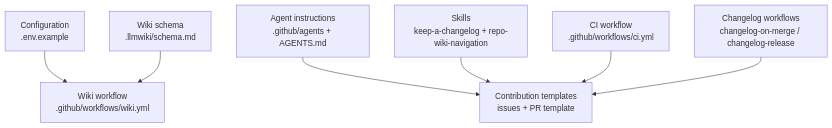
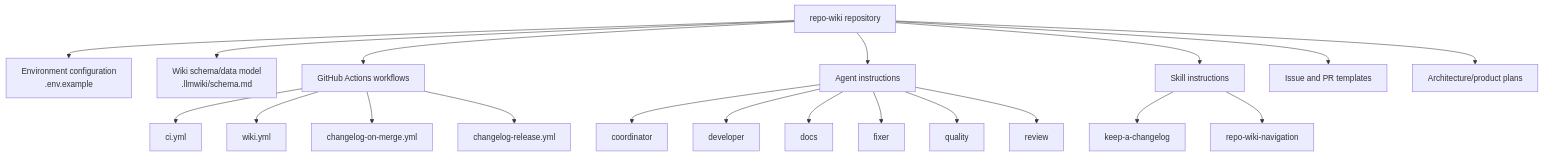
The second of 4 diagrams in Architecture.md (mfittko/repo-wiki), drawn with Mermaid before and after one commit. The commit also changed other lines of this file and 45 other files, not shown here.

Commit message:
Compile repository wiki 2026-06-12T13:37:54.626Z

````diff
--- a/Architecture.md
+++ b/Architecture.md
@@ -110,18 +179,27 @@
 ```mermaid
-flowchart TD
-  Config["Configuration\n.env.example"]
-  Schema["Wiki schema\n.llmwiki/schema.md"]
-  WikiWorkflow["Wiki workflow\n.github/workflows/wiki.yml"]
-  CI["CI workflow\n.github/workflows/ci.yml"]
-  Changelog["Changelog workflows\nchangelog-on-merge / changelog-release"]
-  Agents["Agent instructions\n.github/agents + AGENTS.md"]
-  Skills["Skills\nkeep-a-changelog + repo-wiki-navigation"]
-  Contribution["Contribution templates\nissues + PR template"]
+flowchart TB
+  Repo["repo-wiki repository"]
 
-  Config --> WikiWorkflow
-  Schema --> WikiWorkflow
-  Agents --> Contribution
-  Skills --> Contribution
-  CI --> Contribution
-  Changelog --> Contribution
+  Repo --> Config["Environment configuration<br/>.env.example"]
+  Repo --> Schema["Wiki schema/data model<br/>.llmwiki/schema.md"]
+  Repo --> Workflows["GitHub Actions workflows"]
+  Repo --> Agents["Agent instructions"]
+  Repo --> Skills["Skill instructions"]
+  Repo --> Templates["Issue and PR templates"]
+  Repo --> Plans["Architecture/product plans"]
+
+  Workflows --> CI["ci.yml"]
+  Workflows --> Wiki["wiki.yml"]
+  Workflows --> ChangelogMerge["changelog-on-merge.yml"]
+  Workflows --> ChangelogRelease["changelog-release.yml"]
+
+  Agents --> Coordinator["coordinator"]
+  Agents --> Developer["developer"]
+  Agents --> DocsAgent["docs"]
+  Agents --> Fixer["fixer"]
+  Agents --> Quality["quality"]
+  Agents --> Review["review"]
+
+  Skills --> ChangelogSkill["keep-a-changelog"]
+  Skills --> NavigationSkill["repo-wiki-navigation"]
 ```
````
